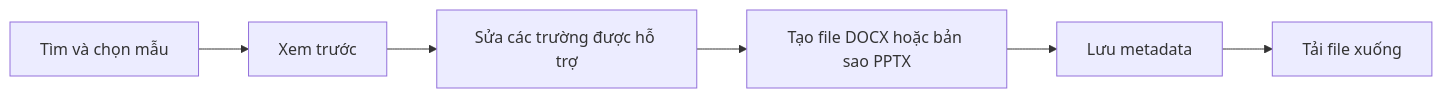
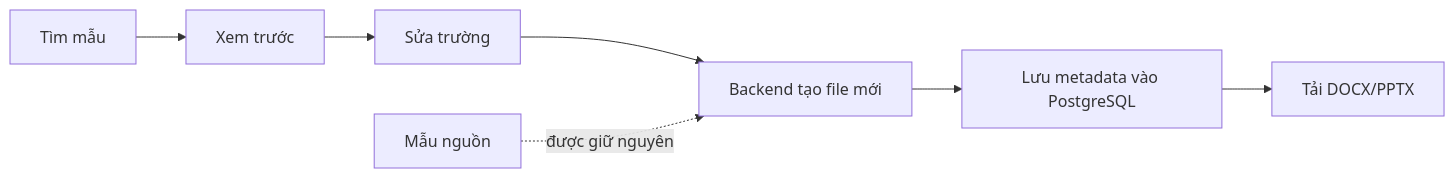
One commit to tranchien2105/document-template-library changed the first of 2 diagrams in README.md. Above: the diagram before and after it, drawn with Mermaid. The commit also changed other lines of this file and 2 other files, not shown here.

````diff
--- a/README.md
+++ b/README.md
@@ -35,8 +61,9 @@
 ```mermaid
 flowchart LR
-    A[Tìm và chọn mẫu] --> B[Xem trước]
-    B --> C[Sửa các trường được hỗ trợ]
-    C --> D[Tạo file DOCX hoặc bản sao PPTX]
-    D --> E[Lưu metadata]
-    E --> F[Tải file xuống]
+    A[Tìm mẫu] --> B[Xem trước]
+    B --> C[Sửa trường]
+    C --> D[Backend tạo file mới]
+    D --> E[Lưu metadata vào PostgreSQL]
+    E --> F[Tải DOCX/PPTX]
+    G[Mẫu nguồn] -. được giữ nguyên .-> D
 ```
````
